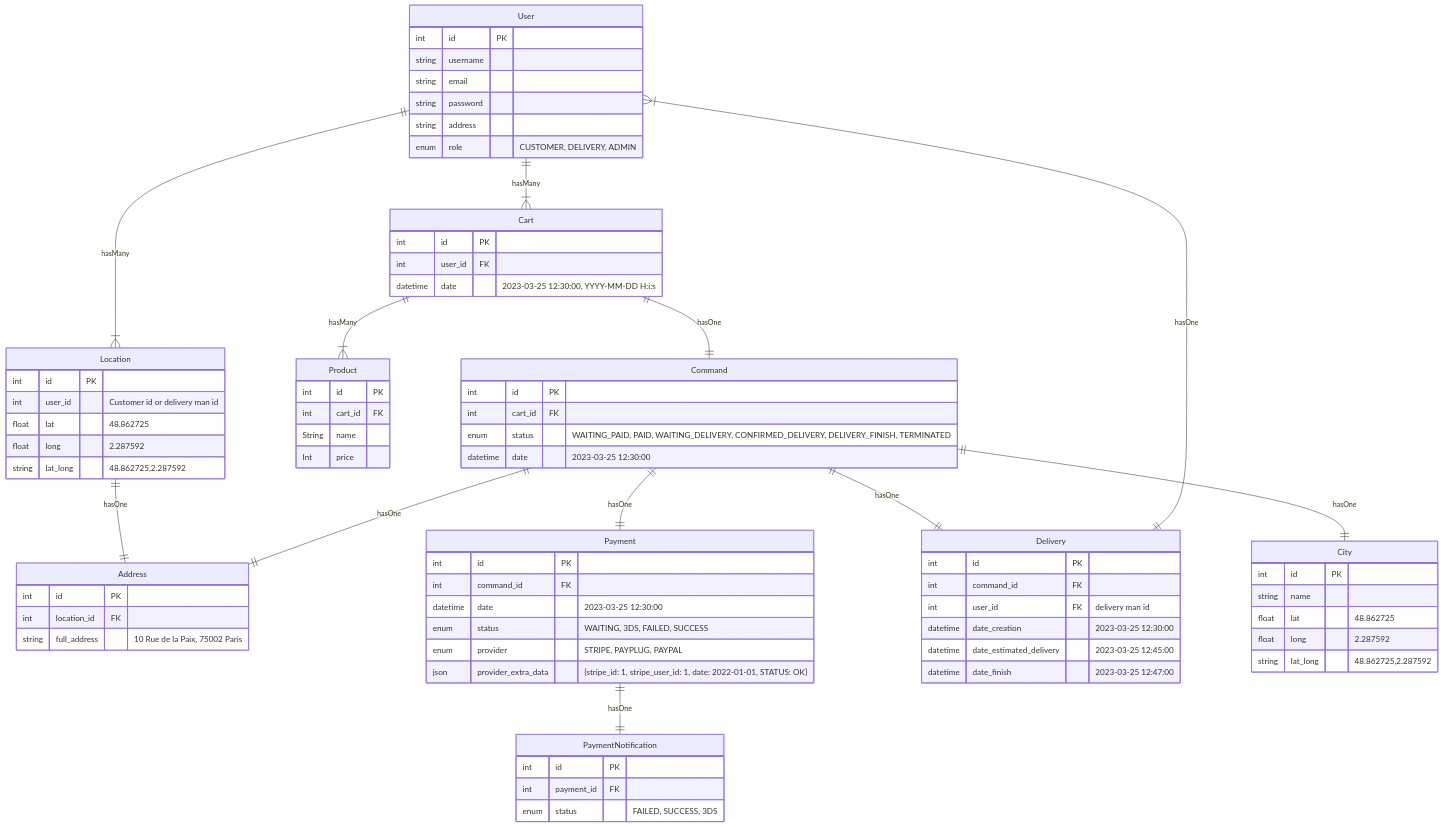
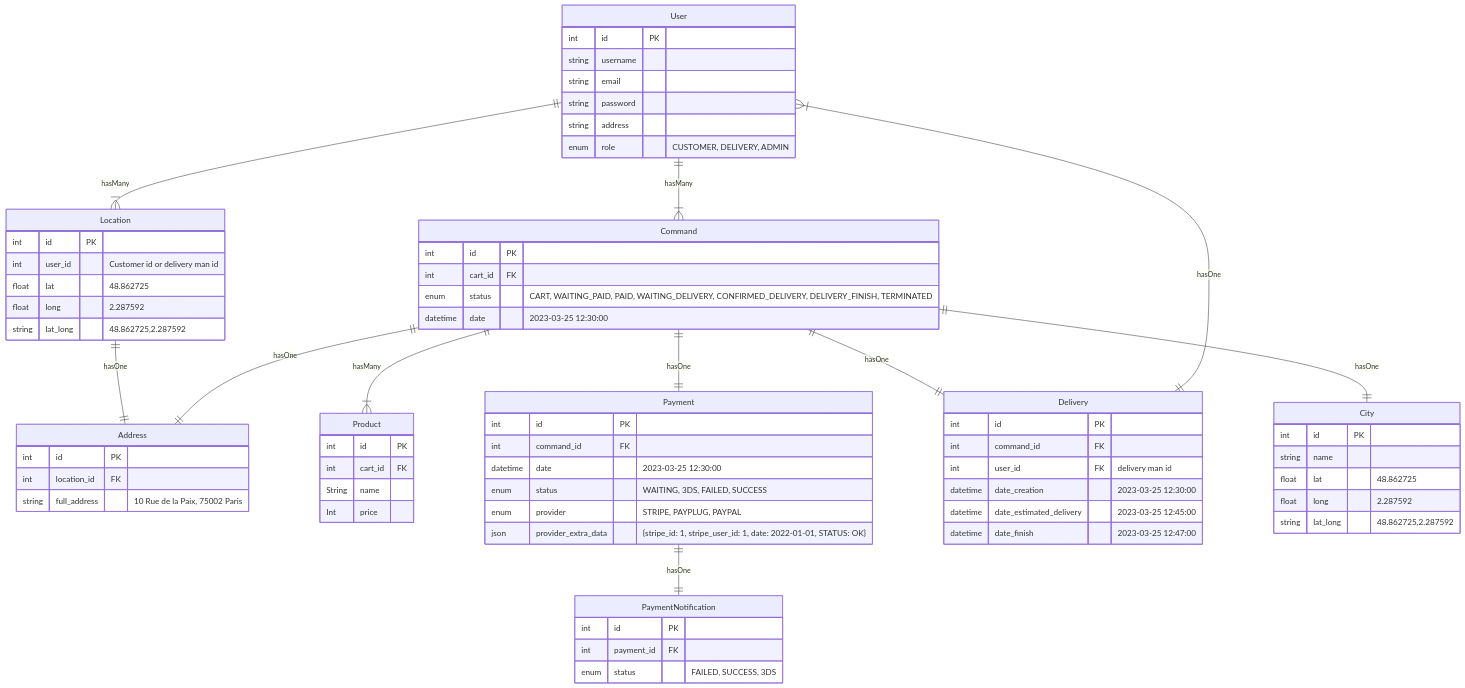
Before and after one commit to joussin/app_marque_blanche: the first of 7 diagrams in src/readme.md, drawn with Mermaid. The commit also changed other lines of this file and 4 other files, not shown here.

```diff
--- a/src/readme.md
+++ b/src/readme.md
@@ -64,10 +63,10 @@
 erDiagram
     User ||--|{ Location : hasMany
     Location ||--|| Address : hasOne
-    User ||--|{ Cart : hasMany
+    User ||--|{ Command : hasMany
     
-    Cart ||--|{ Product : hasMany
-    Cart ||--|| Command : hasOne
+    Command ||--|{ Product : hasMany
+
     
     Command ||--|| Payment : hasOne
     Command ||--|| Delivery : hasOne
@@ -120,16 +119,11 @@
 		Int price  
 	}
     
-    Cart {
-	     int id PK
-	     int user_id FK
-	     datetime date "2023-03-25 12:30:00, YYYY-MM-DD H:i:s"
-	}
-    
+
     Command {
         int id PK
         int cart_id FK
-        enum status "WAITING_PAID, PAID, WAITING_DELIVERY, CONFIRMED_DELIVERY, DELIVERY_FINISH, TERMINATED"
+        enum status "CART, WAITING_PAID, PAID, WAITING_DELIVERY, CONFIRMED_DELIVERY, DELIVERY_FINISH, TERMINATED"
         datetime date "2023-03-25 12:30:00"
 	}
     
```
